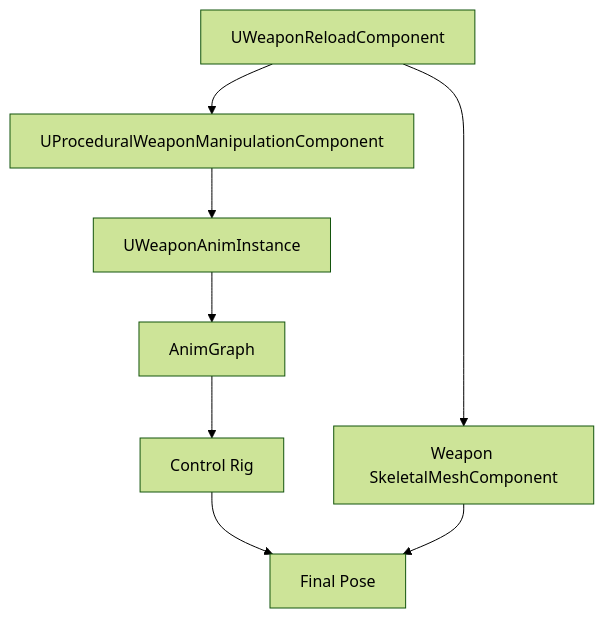
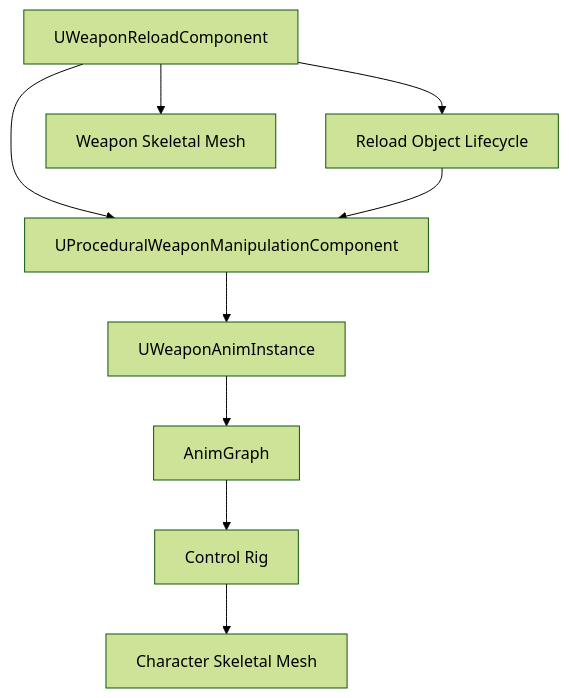
Before and after one commit to o-codify/HumanLocomotionSpecificationDocs: the diagram in docs/12-weapon-interaction/weapon-animation-control-rig-ue.md, drawn with Mermaid (forest theme). The commit also changed other lines of this file, not shown here.

Commit message:
Expand UE weapon animation Control Rig document to implementation-level contract

````diff
--- a/docs/12-weapon-interaction/weapon-animation-control-rig-ue.md
+++ b/docs/12-weapon-interaction/weapon-animation-control-rig-ue.md
@@ -41,18 +83,20 @@
 ```mermaid
 flowchart TD
-    Reload[UWeaponReloadComponent]
+    Runtime[UWeaponReloadComponent]
     Manip[UProceduralWeaponManipulationComponent]
+    Objects[Reload Object Lifecycle]
     Anim[UWeaponAnimInstance]
     Graph[AnimGraph]
-    Rig[Control Rig]
-    Weapon[Weapon SkeletalMeshComponent]
-    Pose[Final Pose]
+    CR[Control Rig]
+    Mesh[Character Skeletal Mesh]
+    Weapon[Weapon Skeletal Mesh]
 
-    Reload --> Manip
+    Runtime --> Manip
+    Runtime --> Objects
+    Objects --> Manip
     Manip --> Anim
     Anim --> Graph
-    Graph --> Rig
-    Rig --> Pose
-    Reload --> Weapon
-    Weapon --> Pose
+    Graph --> CR
+    CR --> Mesh
+    Runtime --> Weapon
 ```
````
